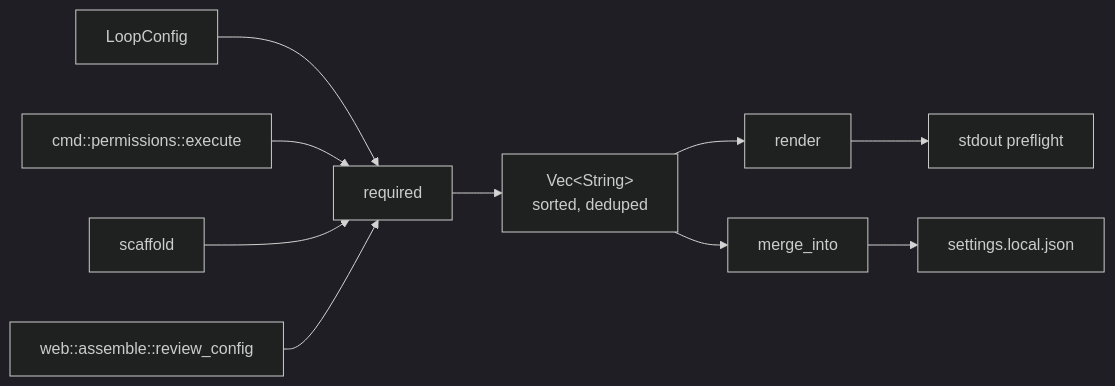
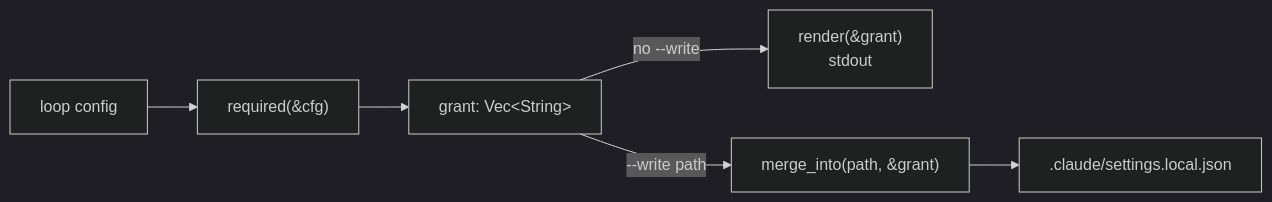
The first of 2 diagrams in wiki/permissions-sandboxing.md (bitphill/loopsmith), drawn with Mermaid (dark theme) before and after one commit. The commit also changed other lines of this file and 30 other files, not shown here.

````diff
--- a/wiki/permissions-sandboxing.md
+++ b/wiki/permissions-sandboxing.md
@@ -24,10 +34,8 @@
 ```mermaid
-graph LR
-    CFG[LoopConfig] --> REQ[required]
-    REQ --> G["Vec&lt;String&gt;<br/>sorted, deduped"]
-    G --> R[render] --> OUT[stdout preflight]
-    G --> M[merge_into] --> F[settings.local.json]
-    CMD[cmd::permissions::execute] --> REQ
-    SC[scaffold] --> REQ
-    WEB[web::assemble::review_config] --> REQ
+flowchart LR
+    C[loop config] --> R["required(&cfg)"]
+    R --> G["grant: Vec&lt;String&gt;"]
+    G -->|no --write| P["render(&grant)<br/>stdout"]
+    G -->|--write path| M["merge_into(path, &grant)"]
+    M --> S[".claude/settings.local.json"]
 ```
````
